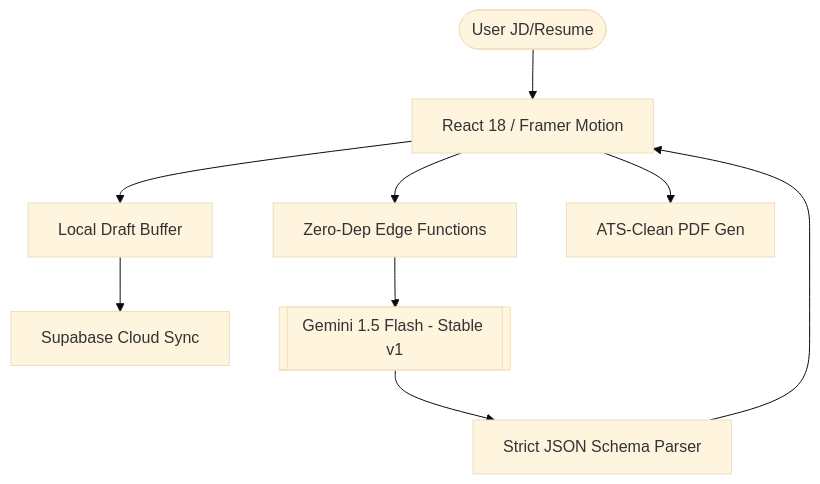
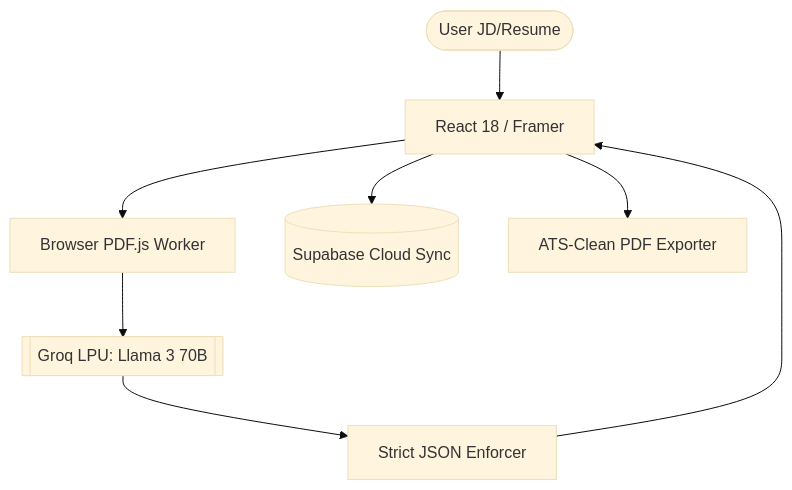
Before and after one commit to Amruth011/lumina-project-220: the diagram in README.md, drawn with Mermaid (base theme). The commit also changed other lines of this file, not shown here.

Commit message:
docs: revamp README to feature Groq Llama-3 client-side architecture

````diff
--- a/README.md
+++ b/README.md
@@ -50,11 +50,10 @@
 ```mermaid
 graph TD
-    User([User JD/Resume]) --> UI[React 18 / Framer Motion]
-    UI --> Vault[Local Draft Buffer]
-    Vault --> Sync[Supabase Cloud Sync]
-    UI --> API[Zero-Dep Edge Functions]
-    API --> Gemini[[Gemini 1.5 Flash - Stable v1]]
-    Gemini --> Parsing[Strict JSON Schema Parser]
-    Parsing --> UI
-    UI --> PDF[ATS-Clean PDF Gen]
+    User([User JD/Resume]) --> UI[React 18 / Framer]
+    UI --> PDF[Browser PDF.js Worker]
+    PDF --> Groq[[Groq LPU: Llama 3 70B]]
+    Groq --> Json[Strict JSON Enforcer]
+    Json --> UI
+    UI --> DB[(Supabase Cloud Sync)]
+    UI --> Export[ATS-Clean PDF Exporter]
 ```
````
